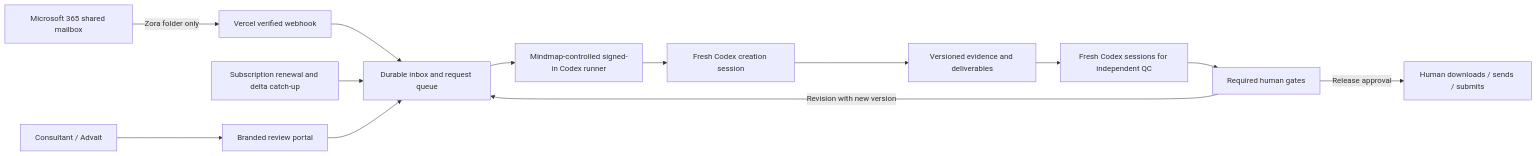
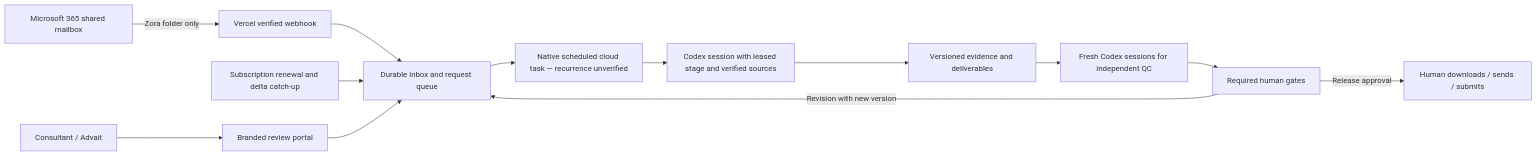
The diagram in docs/ZORA_BLUEPRINT.md (saurabhg1234/Solve), drawn with Mermaid before and after one commit. The commit also changed other lines of this file and 37 other files, not shown here.

````diff
--- a/docs/ZORA_BLUEPRINT.md
+++ b/docs/ZORA_BLUEPRINT.md
@@ -33,15 +33,15 @@
 ```mermaid
 flowchart LR
   Mail[Microsoft 365 shared mailbox] -->|Zora folder only| Hook[Vercel verified webhook]
   Hook --> Inbox[Durable inbox and request queue]
   Catch[Subscription renewal and delta catch-up] --> Inbox
   Human[Consultant / Advait] --> Portal[Branded review portal]
   Portal --> Inbox
-  Inbox --> Runner[Mindmap-controlled signed-in Codex runner]
-  Runner --> Create[Fresh Codex creation session]
+  Inbox --> Runner[Native scheduled cloud task — recurrence unverified]
+  Runner --> Create[Codex session with leased stage and verified sources]
   Create --> Artifacts[Versioned evidence and deliverables]
   Artifacts --> Review[Fresh Codex sessions for independent QC]
   Review --> Gate[Required human gates]
   Gate -->|Revision with new version| Inbox
   Gate -->|Release approval| Delivery[Human downloads / sends / submits]
 ```
````
